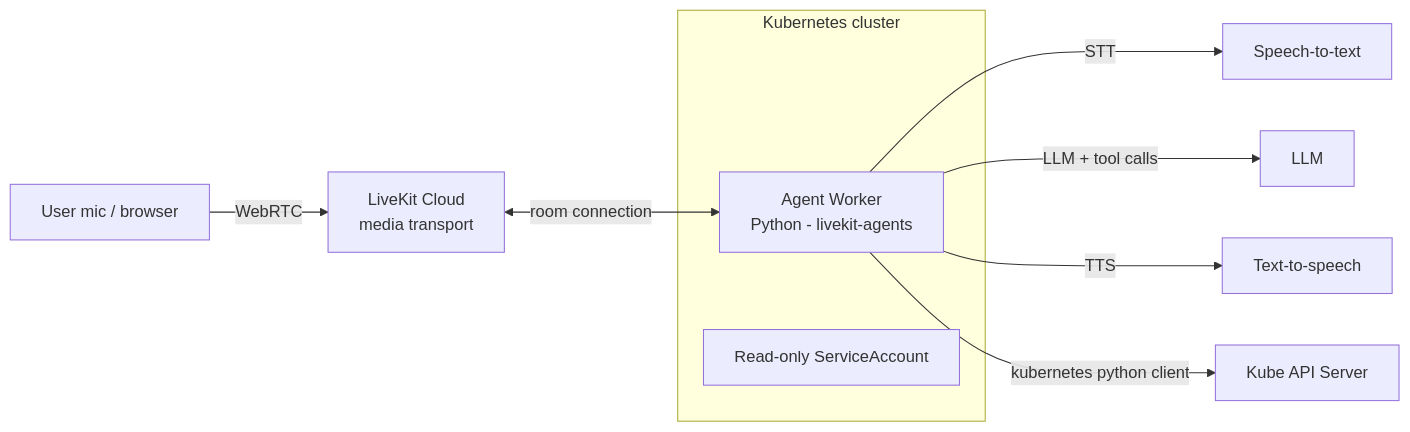
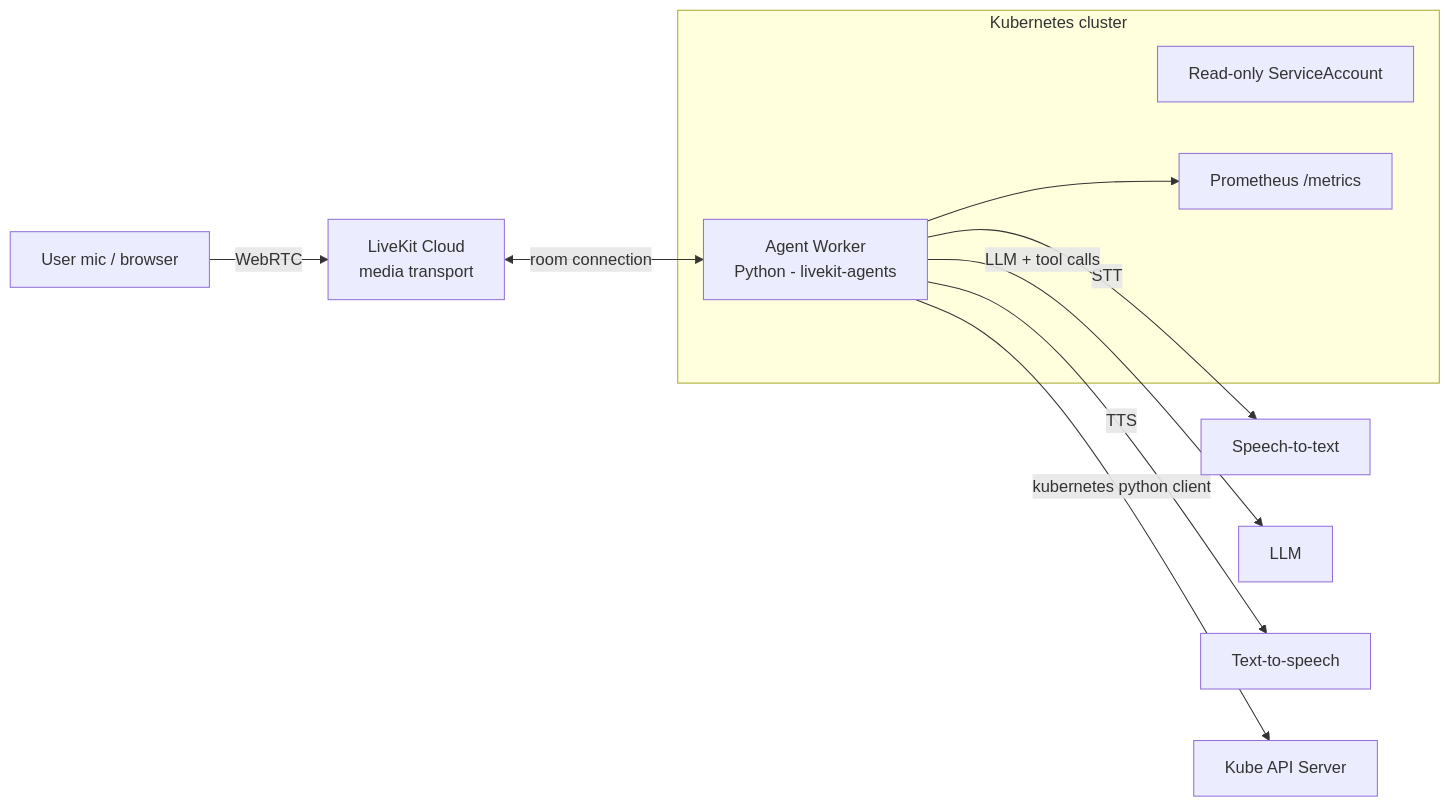
Before and after one commit to shasdas/kubevoice: the diagram in README.md, drawn with Mermaid. The commit also changed other lines of this file and 4 other files, not shown here.

````diff
--- a/README.md
+++ b/README.md
@@ -16,13 +17,15 @@
 ```mermaid
 flowchart LR
     U[User mic / browser] -->|WebRTC| LK[LiveKit Cloud\nmedia transport]
     LK <-->|room connection| W[Agent Worker\nPython - livekit-agents]
     subgraph K8s [Kubernetes cluster]
         W
         RBAC[Read-only ServiceAccount]
+        M[Prometheus /metrics]
     end
     W -->|STT| STT[Speech-to-text]
     W -->|LLM + tool calls| LLM[LLM]
     W -->|TTS| TTS[Text-to-speech]
     W -->|kubernetes python client| API[Kube API Server]
+    W --> M
 ```
````
